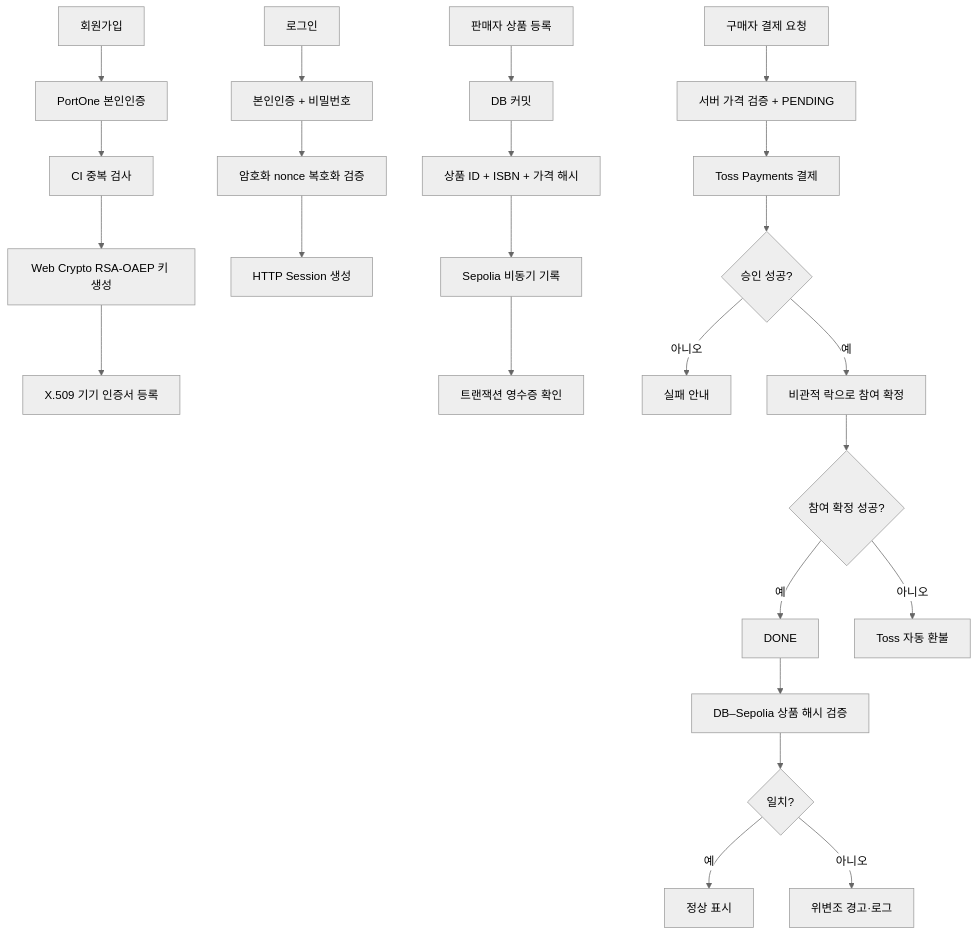
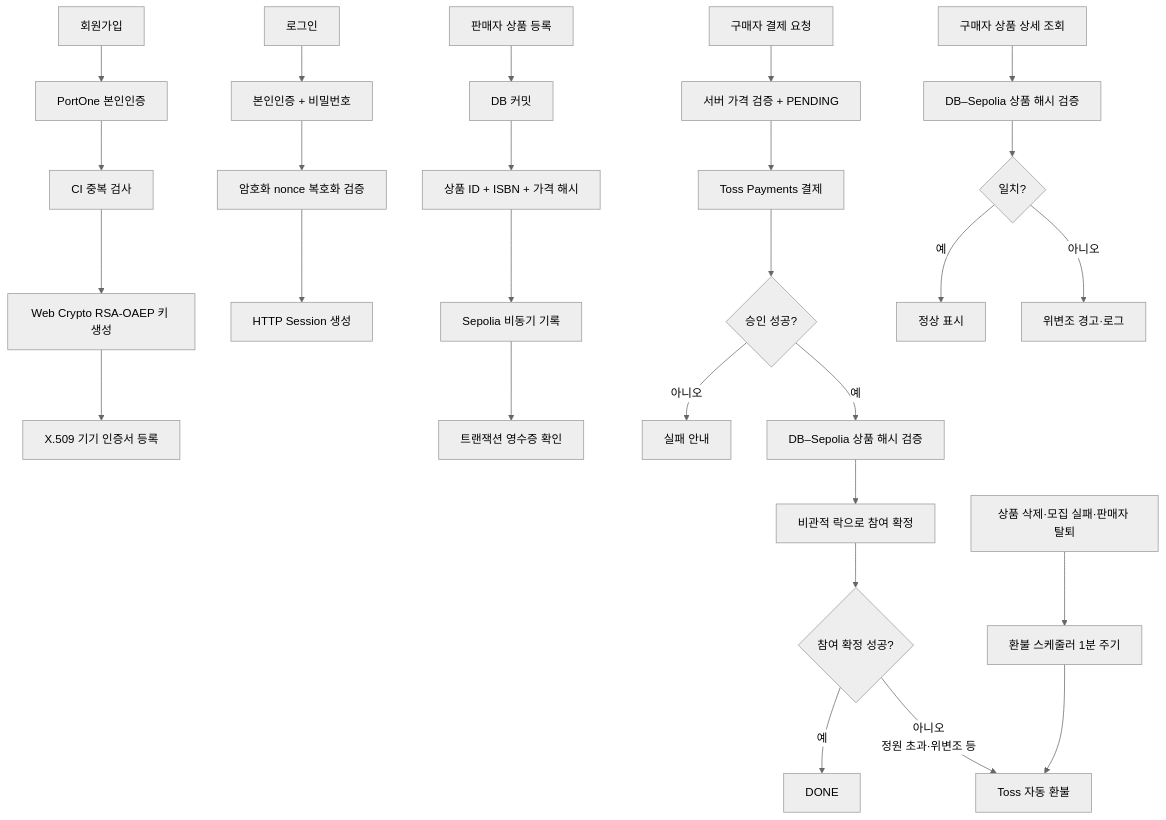
The diagram in document/01_Problem_Definition.md (LimHyeongHo/yuhan_final_project), drawn with Mermaid (neutral theme) before and after one commit. The commit also changed 4 other files, not shown here.

````diff
--- a/document/01_Problem_Definition.md
+++ b/document/01_Problem_Definition.md
@@ -86,30 +86,34 @@
 ```mermaid
 flowchart TD
     A[회원가입] --> B[PortOne 본인인증]
     B --> C[CI 중복 검사]
     C --> D[Web Crypto RSA-OAEP 키 생성]
     D --> E[X.509 기기 인증서 등록]
 
     L[로그인] --> M[본인인증 + 비밀번호]
     M --> N[암호화 nonce 복호화 검증]
     N --> O[HTTP Session 생성]
 
     S[판매자 상품 등록] --> T[DB 커밋]
     T --> U[상품 ID + ISBN + 가격 해시]
     U --> V[Sepolia 비동기 기록]
     V --> W[트랜잭션 영수증 확인]
 
     P[구매자 결제 요청] --> Q[서버 가격 검증 + PENDING]
     Q --> R[Toss Payments 결제]
     R --> X{승인 성공?}
     X -- 아니오 --> Y[실패 안내]
-    X -- 예 --> Z[비관적 락으로 참여 확정]
+    X -- 예 --> Z0[DB–Sepolia 상품 해시 검증]
+    Z0 --> Z[비관적 락으로 참여 확정]
     Z --> AA{참여 확정 성공?}
     AA -- 예 --> AB[DONE]
-    AA -- 아니오 --> AC[Toss 자동 환불]
+    AA -- 아니오<br/>정원 초과·위변조 등 --> AC[Toss 자동 환불]
 
-    AB --> AD[DB–Sepolia 상품 해시 검증]
+    PD[구매자 상품 상세 조회] --> AD[DB–Sepolia 상품 해시 검증]
     AD --> AE{일치?}
     AE -- 예 --> AF[정상 표시]
     AE -- 아니오 --> AG[위변조 경고·로그]
+
+    CL[상품 삭제·모집 실패·판매자 탈퇴] --> RS[환불 스케줄러 1분 주기]
+    RS --> AC
 ```
````
